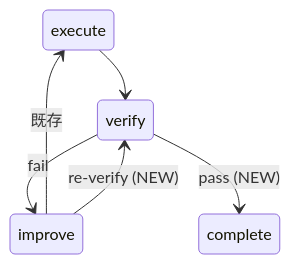
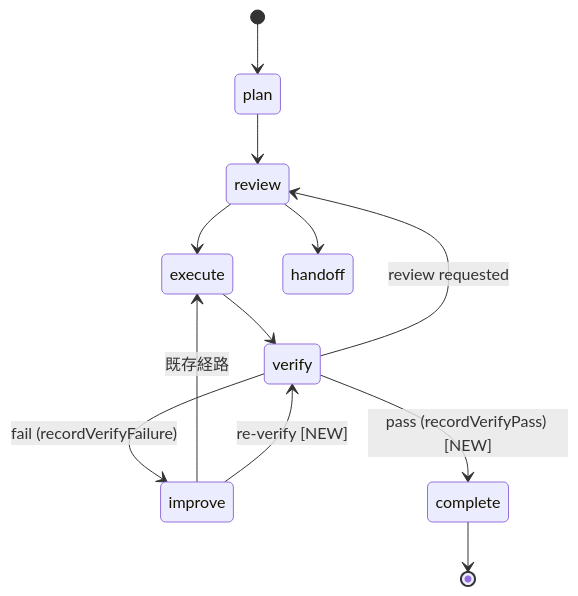
The diagram in docs/30-workflows/skill-creator-agent-sdk-lane/step-10-seq-task-p0-02-verify-improve-reverify-closed-loop/phase-2-design.md (daishiman/AIWorkflowOrchestrator), drawn with Mermaid before and after one commit. The commit also changed other lines of this file and 14 other files, not shown here.

First line of the commit message:
docs(skill-creator): TASK-P0-02 verify→improve→re-verify 閉ループ仕様改善 (#1725)

````diff
--- a/docs/30-workflows/skill-creator-agent-sdk-lane/step-10-seq-task-p0-02-verify-improve-reverify-closed-loop/phase-2-design.md
+++ b/docs/30-workflows/skill-creator-agent-sdk-lane/step-10-seq-task-p0-02-verify-improve-reverify-closed-loop/phase-2-design.md
@@ -36,8 +74,14 @@
 ```mermaid
 stateDiagram-v2
+    [*] --> plan
+    plan --> review
+    review --> execute
+    review --> handoff
     execute --> verify
-    verify --> improve : fail
-    verify --> complete : pass (NEW)
-    improve --> execute : 既存
-    improve --> verify : re-verify (NEW)
+    verify --> improve : fail (recordVerifyFailure)
+    verify --> complete : pass (recordVerifyPass) [NEW]
+    verify --> review : review requested
+    improve --> execute : 既存経路
+    improve --> verify : re-verify [NEW]
+    complete --> [*]
 ```
````
